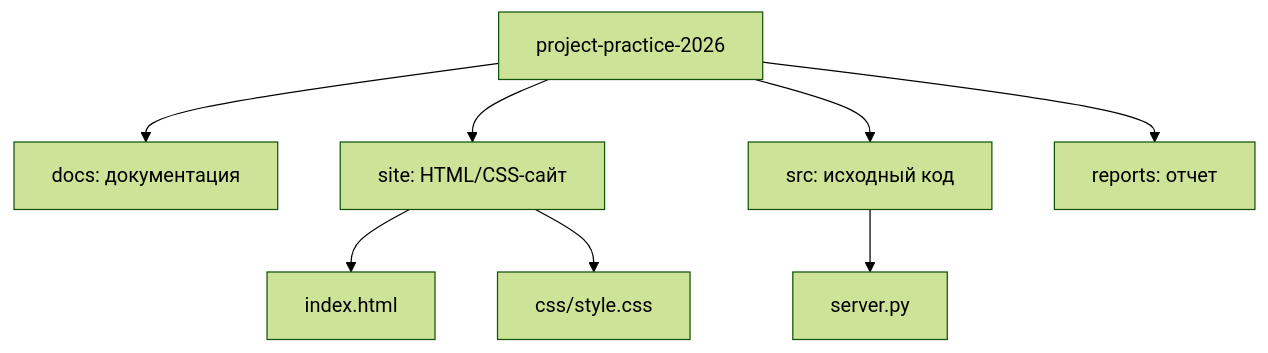
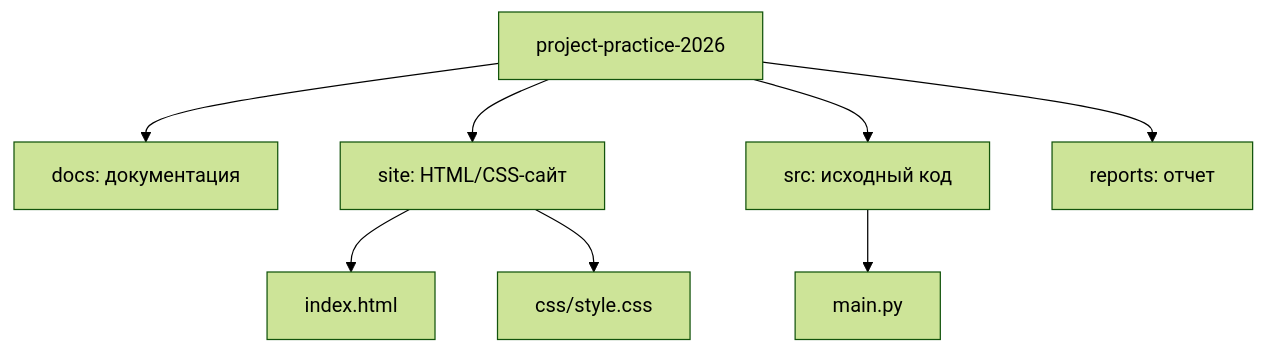
One commit to RTProrokSunboy/project-practice-2026 changed the third of 3 diagrams in docs/practice_documentation.md. Above: the diagram before and after it, drawn with Mermaid (forest theme). The commit also changed 18 other files, not shown here.

````diff
--- a/docs/practice_documentation.md
+++ b/docs/practice_documentation.md
@@ -50,11 +50,11 @@
 ```mermaid
 flowchart TD
     Repo["project-practice-2026"]
     Repo --> Docs["docs: документация"]
     Repo --> Site["site: HTML/CSS-сайт"]
     Repo --> Src["src: исходный код"]
     Repo --> Reports["reports: отчет"]
     Site --> Html["index.html"]
     Site --> Css["css/style.css"]
-    Src --> Server["server.py"]
+    Src --> Server["main.py"]
 ```
````
